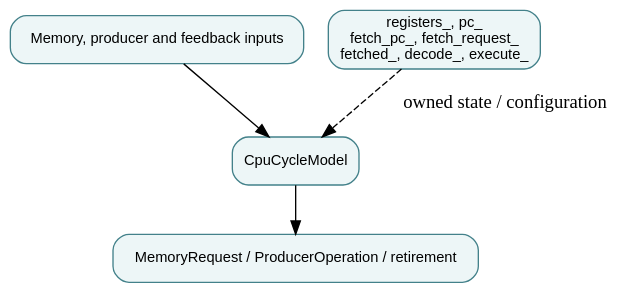
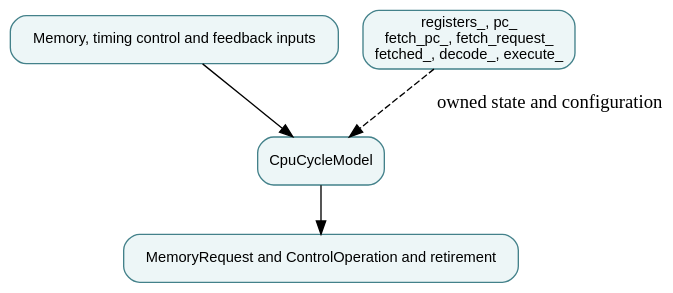
The diagram in docs/modules/cpu-cycle-model.md (qsbit-org/qsbit-sim), drawn with Graphviz before and after one commit. The commit also changed other lines of this file and 71 other files, not shown here.

````diff
--- a/docs/modules/cpu-cycle-model.md
+++ b/docs/modules/cpu-cycle-model.md
@@ -20,11 +20,11 @@
 ```{graphviz}
 digraph module {
   rankdir=TB; bgcolor="transparent";
   node [shape=box, style="rounded,filled", fillcolor="#edf6f7", color="#43818a", fontname="sans-serif", fontsize=11];
-  input [label="Memory, producer and feedback inputs"];
+  input [label="Memory, timing control and feedback inputs"];
   owner [label="CpuCycleModel"];
   state [label="registers_, pc_\nfetch_pc_, fetch_request_\nfetched_, decode_, execute_"];
-  output [label="MemoryRequest / ProducerOperation / retirement"];
-  input -> owner; owner -> output; state -> owner [style=dashed, label="owned state / configuration"];
+  output [label="MemoryRequest and ControlOperation and retirement"];
+  input -> owner; owner -> output; state -> owner [style=dashed, label="owned state and configuration"];
 }
 ```
````
